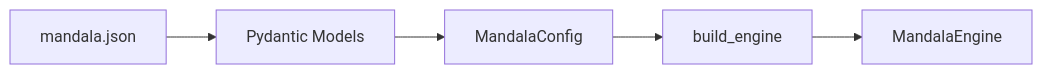
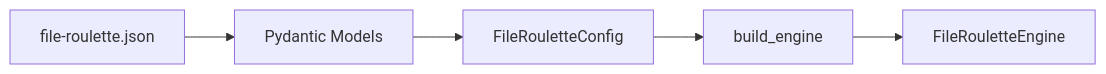
Before and after one commit to wonyoung-jang/fspachinko: the first of 2 diagrams in docs/architecture.md, drawn with Mermaid. The commit also changed other lines of this file and 102 other files, not shown here.

Commit message:
Rename project from Mandala to File Roulette

````diff
--- a/docs/architecture.md
+++ b/docs/architecture.md
@@ -78,7 +78,7 @@
 ```mermaid
 graph LR
-    A[mandala.json] --> B[Pydantic Models]
-    B --> C[MandalaConfig]
+    A[file-roulette.json] --> B[Pydantic Models]
+    B --> C[FileRouletteConfig]
     C --> D[build_engine]
-    D --> E[MandalaEngine]
+    D --> E[FileRouletteEngine]
 ```
````
